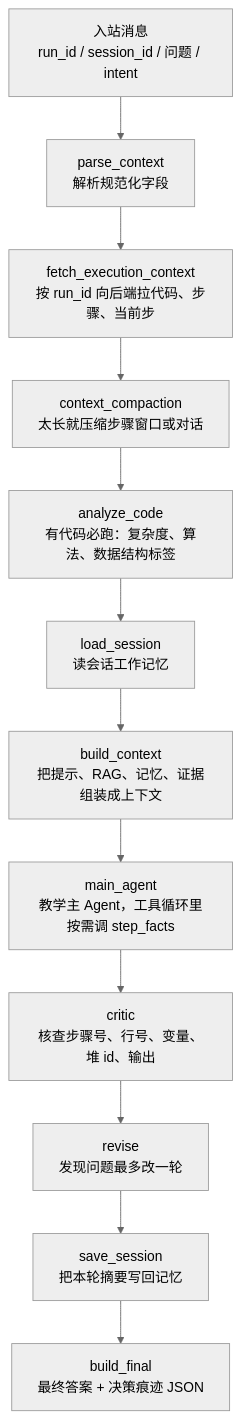
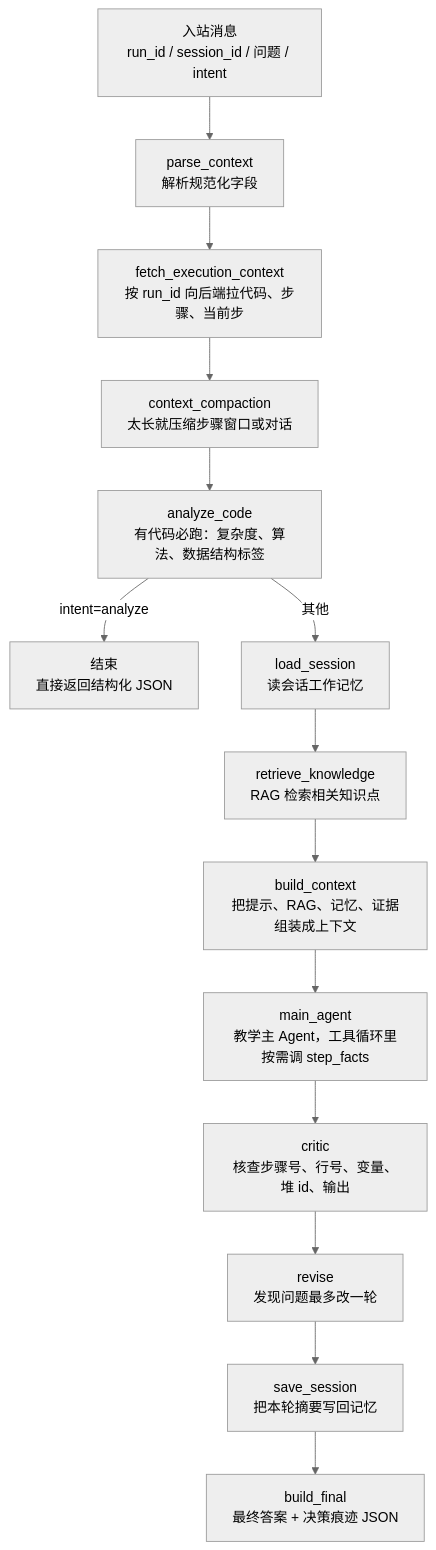
Before and after one commit to holycandle/javatutor-coze: the diagram in docs/agent-collaboration-guide.md, drawn with Mermaid (neutral theme). The commit also changed other lines of this file and 1 other file, not shown here.

Commit message:
docs:更新状态文档

````diff
--- a/docs/agent-collaboration-guide.md
+++ b/docs/agent-collaboration-guide.md
@@ -7,14 +7,16 @@
 ```mermaid
 flowchart TD
     A[入站消息<br/>run_id / session_id / 问题 / intent] --> B[parse_context<br/>解析规范化字段]
     B --> C[fetch_execution_context<br/>按 run_id 向后端拉代码、步骤、当前步]
     C --> D[context_compaction<br/>太长就压缩步骤窗口或对话]
     D --> E[analyze_code<br/>有代码必跑：复杂度、算法、数据结构标签]
-    E --> F[load_session<br/>读会话工作记忆]
-    F --> G[build_context<br/>把提示、RAG、记忆、证据组装成上下文]
-    G --> H[main_agent<br/>教学主 Agent，工具循环里按需调 step_facts]
-    H --> I[critic<br/>核查步骤号、行号、变量、堆 id、输出]
-    I --> J[revise<br/>发现问题最多改一轮]
-    J --> K[save_session<br/>把本轮摘要写回记忆]
-    K --> L[build_final<br/>最终答案 + 决策痕迹 JSON]
+    E -->|intent=analyze| Z[结束<br/>直接返回结构化 JSON]
+    E -->|其他| F[load_session<br/>读会话工作记忆]
+    F --> G[retrieve_knowledge<br/>RAG 检索相关知识点]
+    G --> H[build_context<br/>把提示、RAG、记忆、证据组装成上下文]
+    H --> I[main_agent<br/>教学主 Agent，工具循环里按需调 step_facts]
+    I --> J[critic<br/>核查步骤号、行号、变量、堆 id、输出]
+    J --> K[revise<br/>发现问题最多改一轮]
+    K --> L[save_session<br/>把本轮摘要写回记忆]
+    L --> M[build_final<br/>最终答案 + 决策痕迹 JSON]
 ```
````
